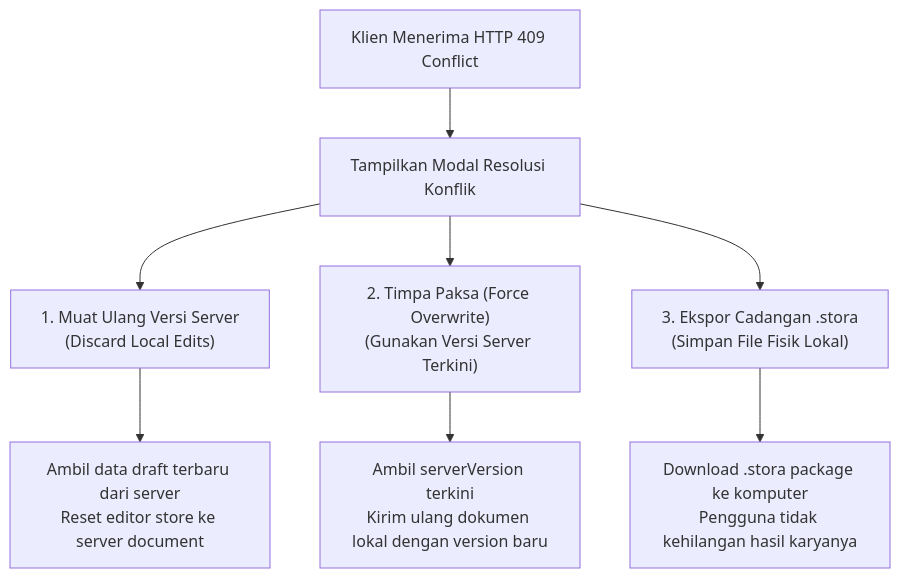
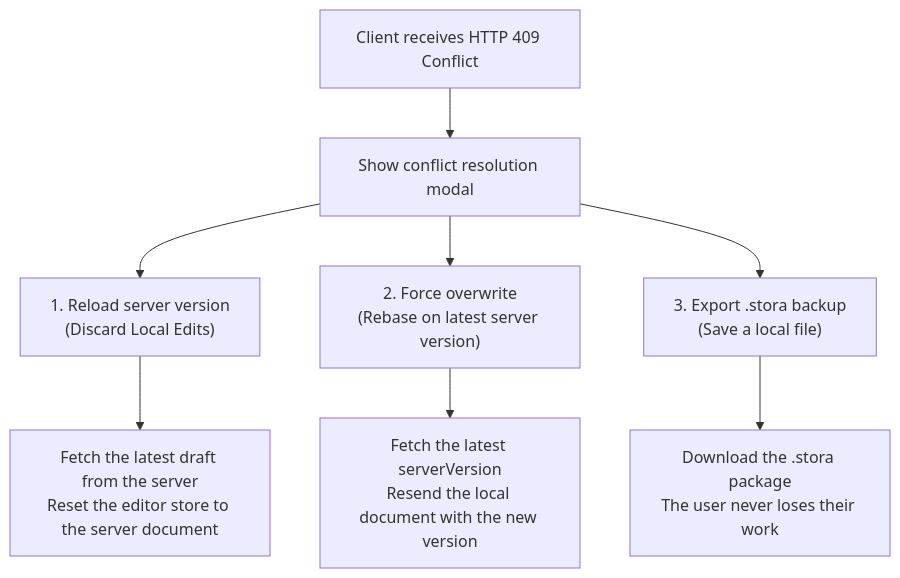
Before and after one commit to kustora/kubuild: the second of 2 diagrams in apps/docs/content/docs/integration/backend-storage.mdx, drawn with Mermaid. The commit also changed other lines of this file and 43 other files, not shown here.

````diff
--- a/apps/docs/content/docs/integration/backend-storage.mdx
+++ b/apps/docs/content/docs/integration/backend-storage.mdx
@@ -342,12 +342,12 @@
 ```mermaid
 flowchart TD
-    Err409["Klien Menerima HTTP 409 Conflict"] --> Modal["Tampilkan Modal Resolusi Konflik"]
+    Err409["Client receives HTTP 409 Conflict"] --> Modal["Show conflict resolution modal"]
     
-    Modal --> Choice1["1. Muat Ulang Versi Server\n(Discard Local Edits)"]
-    Modal --> Choice2["2. Timpa Paksa (Force Overwrite)\n(Gunakan Versi Server Terkini)"]
-    Modal --> Choice3["3. Ekspor Cadangan .stora\n(Simpan File Fisik Lokal)"]
+    Modal --> Choice1["1. Reload server version\n(Discard Local Edits)"]
+    Modal --> Choice2["2. Force overwrite\n(Rebase on latest server version)"]
+    Modal --> Choice3["3. Export .stora backup\n(Save a local file)"]
 
-    Choice1 --> ActionReload["Ambil data draft terbaru dari server\nReset editor store ke server document"]
-    Choice2 --> ActionOverwrite["Ambil serverVersion terkini\nKirim ulang dokumen lokal dengan version baru"]
-    Choice3 --> ActionExport["Download .stora package ke komputer\nPengguna tidak kehilangan hasil karyanya"]
+    Choice1 --> ActionReload["Fetch the latest draft from the server\nReset the editor store to the server document"]
+    Choice2 --> ActionOverwrite["Fetch the latest serverVersion\nResend the local document with the new version"]
+    Choice3 --> ActionExport["Download the .stora package\nThe user never loses their work"]
 ```
````
